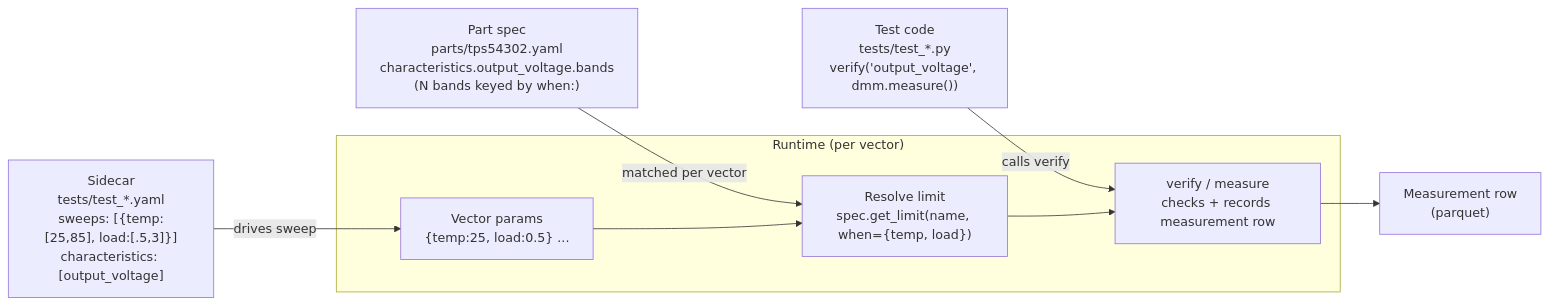
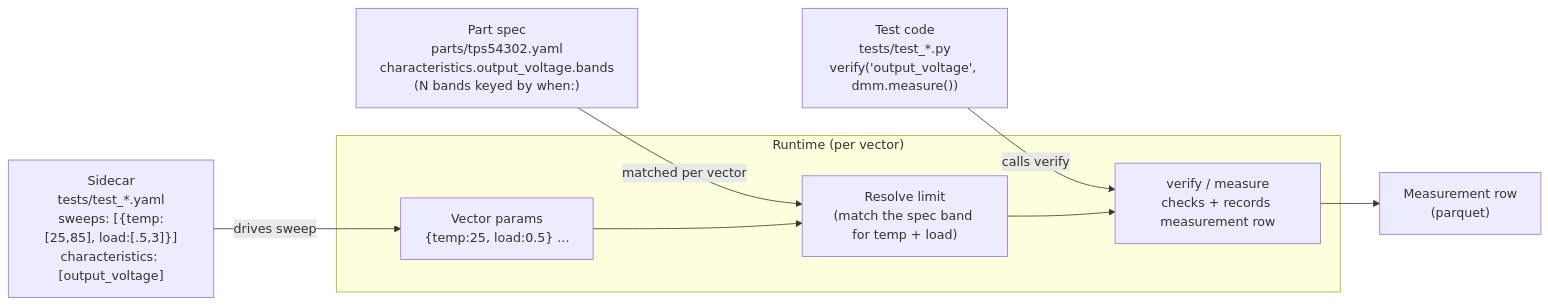
Before and after one commit to pragmatest-dev/testerkit: the seventh of 9 diagrams in docs/concepts/overview/architecture.md, drawn with Mermaid. The commit also changed other lines of this file and 2 other files, not shown here.

First line of the commit message:
docs: corpus review Piece 3 (concepts: execution/step-manifest, overview/architecture)

````diff
--- a/docs/concepts/overview/architecture.md
+++ b/docs/concepts/overview/architecture.md
@@ -279,19 +279,19 @@
 ```mermaid
 flowchart LR
     PS["Part spec<br/>parts/tps54302.yaml<br/>characteristics.output_voltage.bands<br/>(N bands keyed by when:)"]
     SC["Sidecar<br/>tests/test_*.yaml<br/>sweeps: [{temp:[25,85], load:[.5,3]}]<br/>characteristics: [output_voltage]"]
     TC["Test code<br/>tests/test_*.py<br/>verify('output_voltage', dmm.measure())"]
 
     subgraph Runtime["Runtime (per vector)"]
         V["Vector params<br/>{temp:25, load:0.5} ..."]
-        CR["Resolve limit<br/>spec.get_limit(name, when={temp, load})"]
+        CR["Resolve limit<br/>(match the spec band for temp + load)"]
         VR["verify / measure<br/>checks + records measurement row"]
     end
 
     PS -- "matched per vector" --> CR
     SC -- "drives sweep" --> V
     TC -- "calls verify" --> VR
     V --> CR
     CR --> VR
     VR --> M["Measurement row<br/>(parquet)"]
 ```
````
